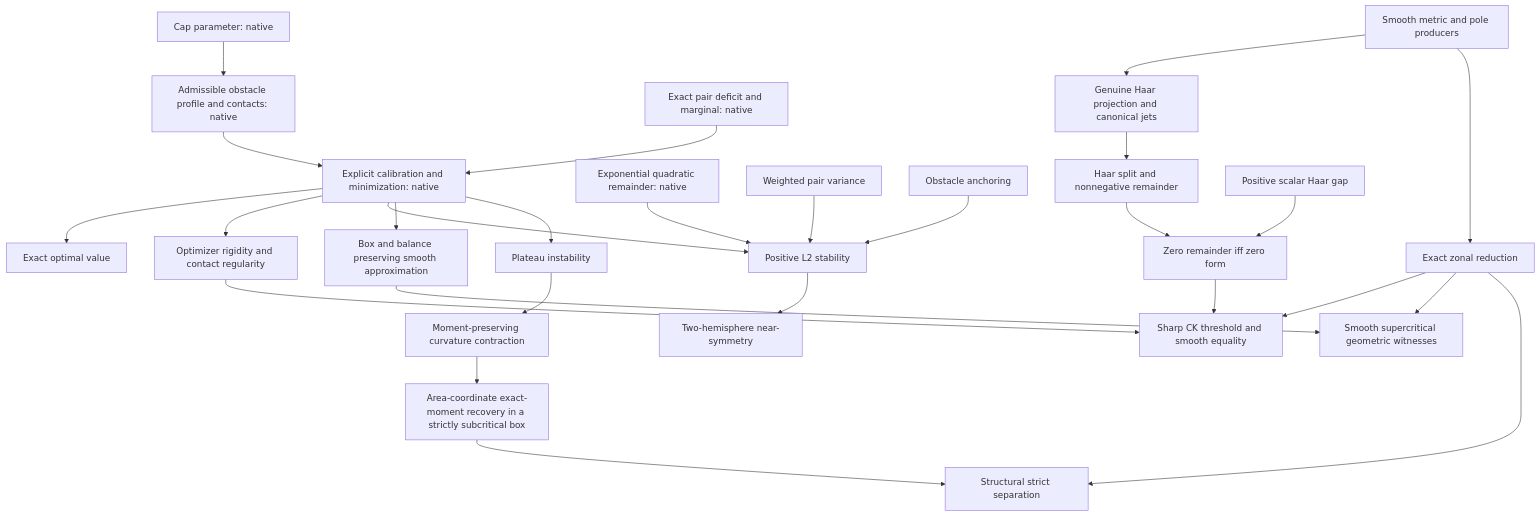
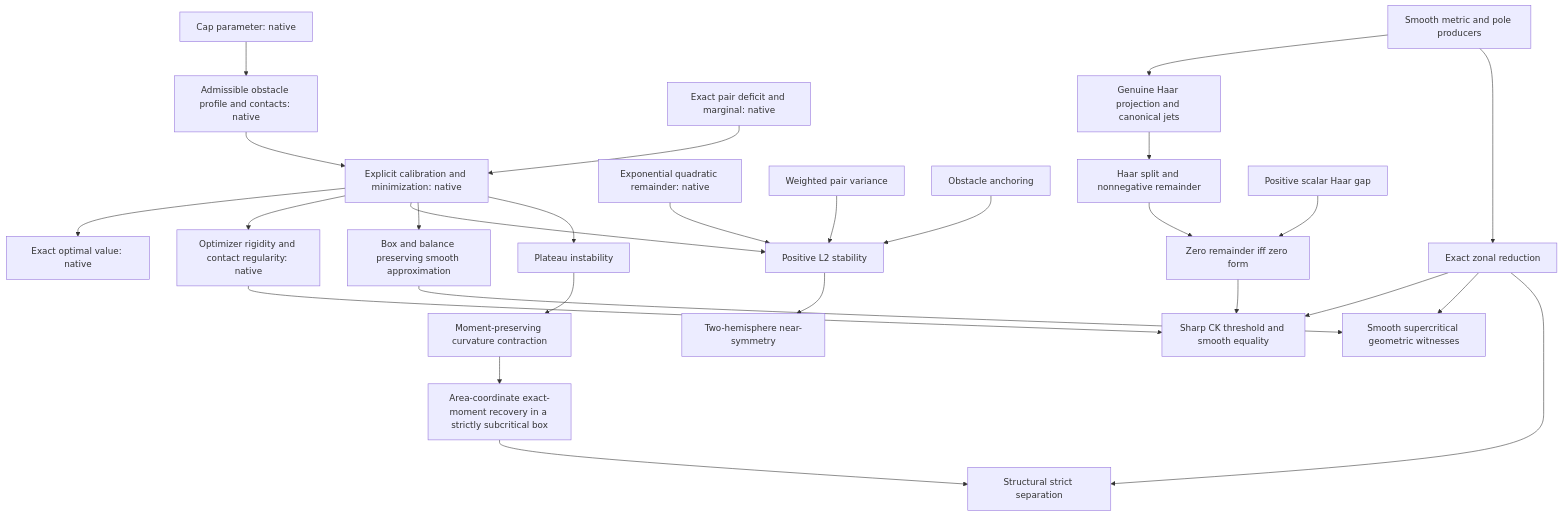
One commit to qinz1yang/ricci-flow-sharp-estimate changed the diagram in docs/mathematical-status.md. Above: the diagram before and after it, drawn with Mermaid. The commit also changed other lines of this file and 32 other files, not shown here.

Commit message:
Prove exact all-cap value, optimizer rigidity and contact nonattainment

````diff
--- a/docs/mathematical-status.md
+++ b/docs/mathematical-status.md
@@ -46,29 +50,29 @@
 ```mermaid
 flowchart TD
   P[Cap parameter: native] --> O[Admissible obstacle profile and contacts: native]
   D[Exact pair deficit and marginal: native] --> C[Explicit calibration and minimization: native]
-  C --> OV[Exact optimal value]
+  C --> OV[Exact optimal value: native]
   O --> C
-  C --> R[Optimizer rigidity and contact regularity]
+  C --> R[Optimizer rigidity and contact regularity: native]
   E[Exponential quadratic remainder: native] --> S[Positive L2 stability]
   V[Weighted pair variance] --> S
   A[Obstacle anchoring] --> S
   C --> S
   S --> N[Two-hemisphere near-symmetry]
   G[Smooth metric and pole producers] --> H[Genuine Haar projection and canonical jets]
   G --> J[Exact zonal reduction]
   H --> Q[Haar split and nonnegative remainder]
   W[Positive scalar Haar gap] --> Z[Zero remainder iff zero form]
   Q --> Z
   R --> CK[Sharp CK threshold and smooth equality]
   Z --> CK
   J --> CK
   C --> B[Box and balance preserving smooth approximation]
   B --> X[Smooth supercritical geometric witnesses]
   J --> X
   T[Plateau instability] --> TC[Moment-preserving curvature contraction]
   TC --> F[Area-coordinate exact-moment recovery in a strictly subcritical box]
   F --> SEP[Structural strict separation]
   C --> T
   J --> SEP
 ```
````
